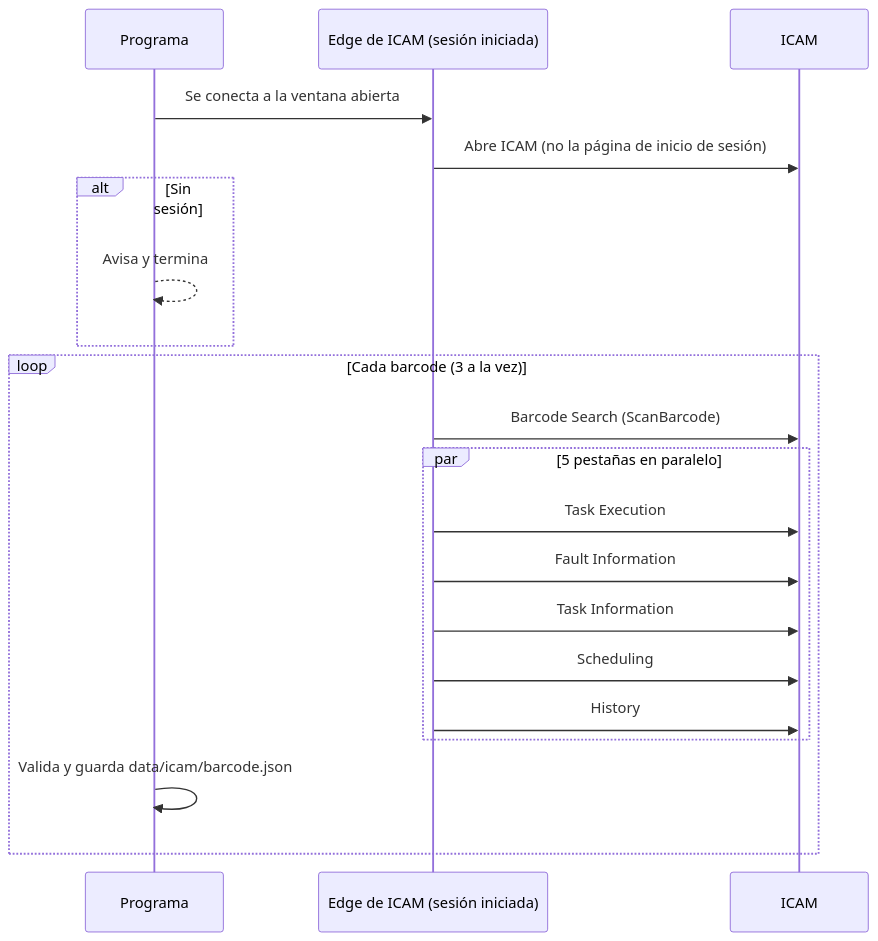
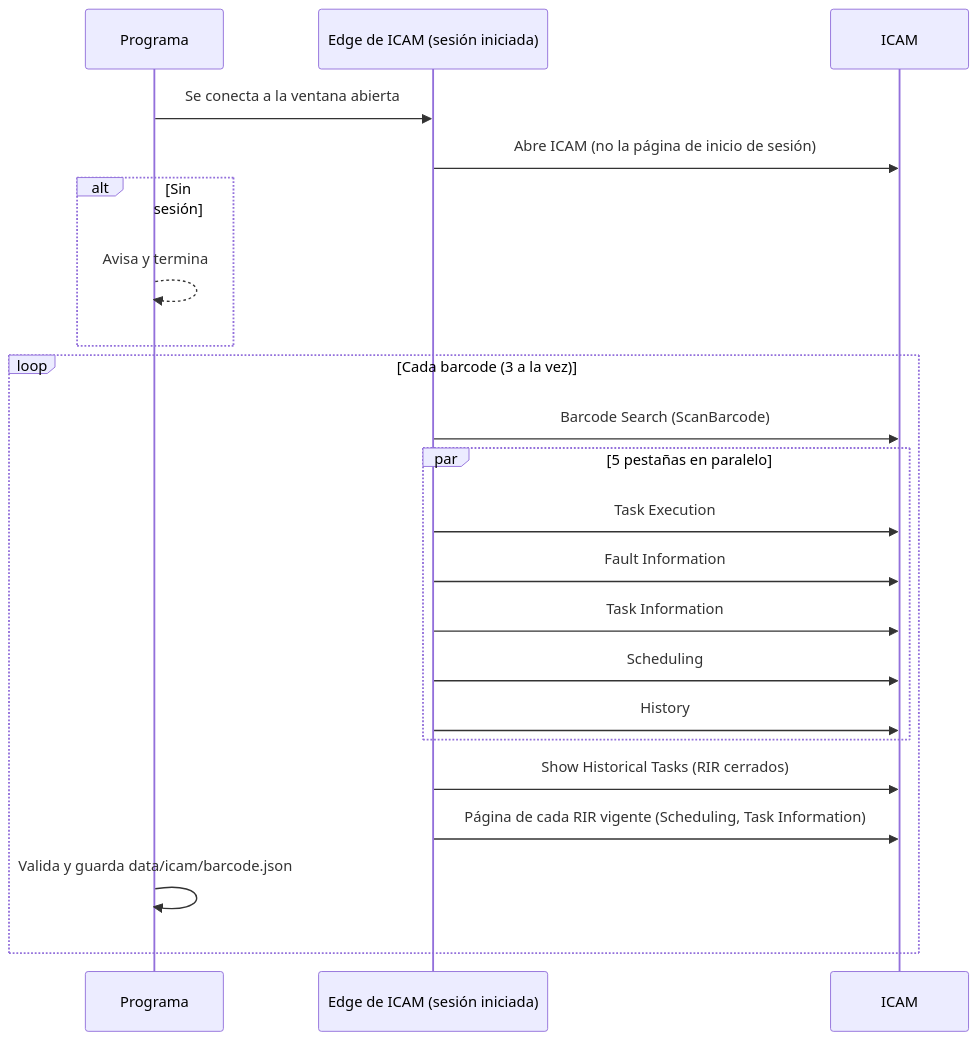
One commit to lviloriabas/dips changed the third of 8 diagrams in docs/proceso.md. Above: the diagram before and after it, drawn with Mermaid. The commit also changed other lines of this file and 11 other files, not shown here.

First line of the commit message:
RIR en Follow-on Tasks y Dashboard en el Excel de salida

````diff
--- a/docs/proceso.md
+++ b/docs/proceso.md
@@ -36,22 +36,24 @@
 ```mermaid
 sequenceDiagram
     participant P as Programa
     participant E as Edge de ICAM (sesión iniciada)
     participant I as ICAM
     P->>E: Se conecta a la ventana abierta
     E->>I: Abre ICAM (no la página de inicio de sesión)
     alt Sin sesión
         P-->>P: Avisa y termina
     end
     loop Cada barcode (3 a la vez)
         E->>I: Barcode Search (ScanBarcode)
         par 5 pestañas en paralelo
             E->>I: Task Execution
             E->>I: Fault Information
             E->>I: Task Information
             E->>I: Scheduling
             E->>I: History
         end
+        E->>I: Show Historical Tasks (RIR cerrados)
+        E->>I: Página de cada RIR vigente (Scheduling, Task Information)
         P->>P: Valida y guarda data/icam/barcode.json
     end
 ```
````
